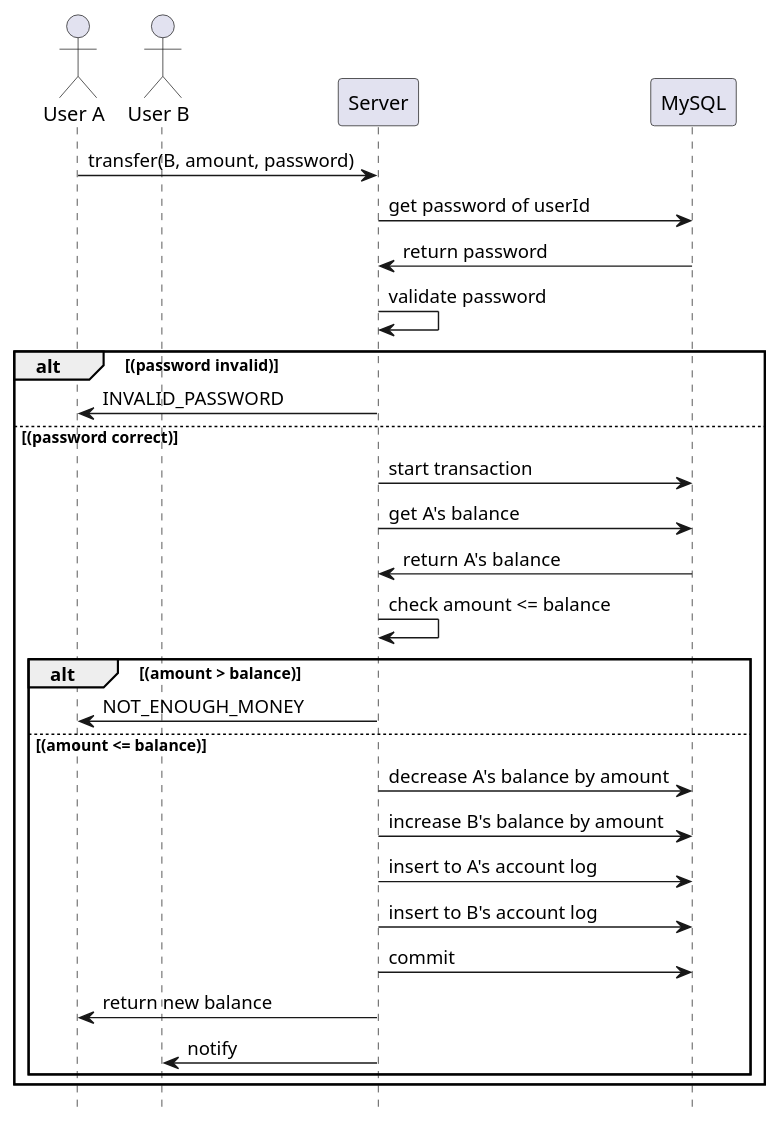
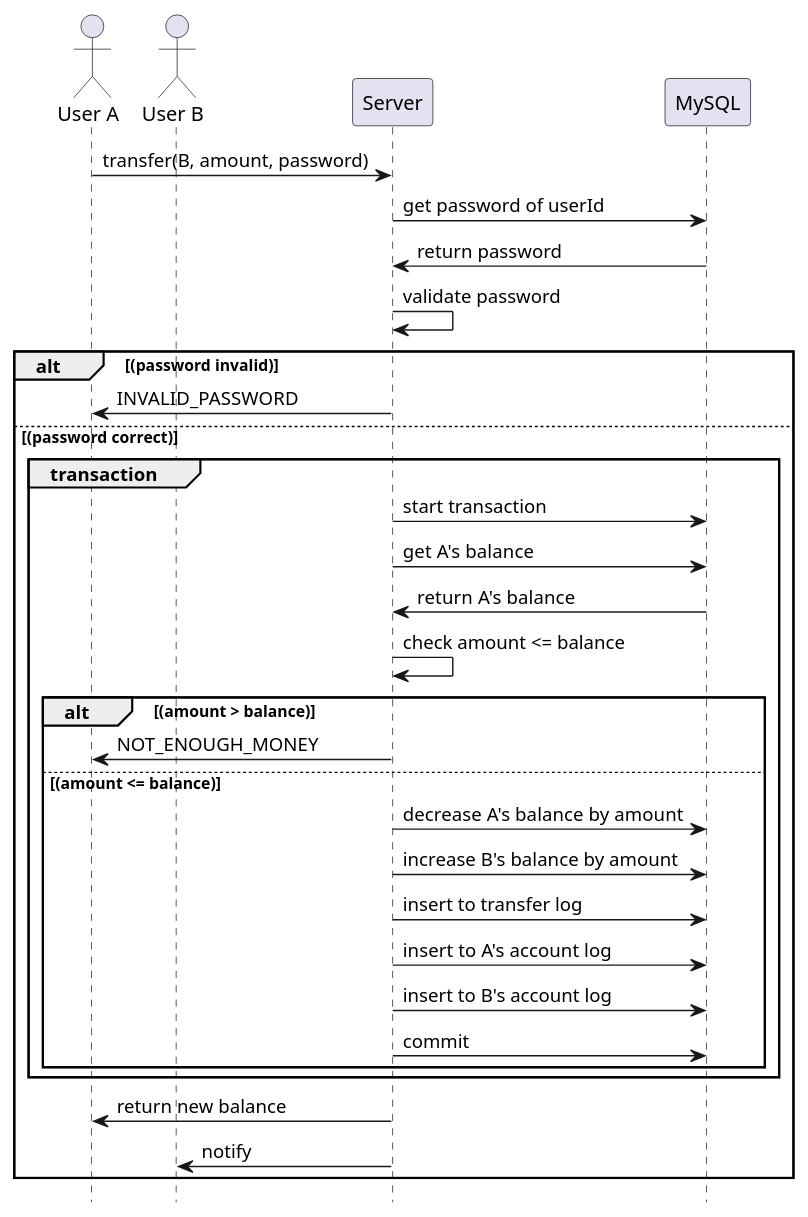
One commit to noradomi/foo-app changed the diagram in documents/sequence diagrams/transfer-money.puml. Above: the diagram before and after it, drawn with PlantUML. The commit also changed 20 other files, not shown here.

```diff
--- a/documents/sequence diagrams/transfer-money.puml
+++ b/documents/sequence diagrams/transfer-money.puml
@@ -1,28 +1,31 @@
 @startuml transfer-money
 hide footbox
 actor "User A"
 actor "User B"
 "User A" -> "Server": transfer(B, amount, password)
 "Server" -> "MySQL": get password of userId 
 "MySQL" -> "Server": return password
 "Server" -> "Server": validate password
 alt (password invalid)
 "Server" -> "User A": INVALID_PASSWORD
 else (password correct)
+group transaction
 "Server" -> "MySQL": start transaction
 "Server" -> "MySQL": get A's balance
 "MySQL" -> "Server": return A's balance
 "Server" -> "Server" : check amount <= balance
 alt  (amount > balance)
 "Server" -> "User A": NOT_ENOUGH_MONEY
 else (amount <= balance)
 "Server" -> "MySQL" : decrease A's balance by amount
 "Server" -> "MySQL" : increase B's balance by amount
+"Server" -> "MySQL" : insert to transfer log
 "Server" -> "MySQL" : insert to A's account log
 "Server" -> "MySQL" : insert to B's account log
 "Server" -> "MySQL" : commit
+end
+end
 "Server" -> "User A": return new balance
 "Server" -> "User B" : notify
 end
-end
 @enduml
```
